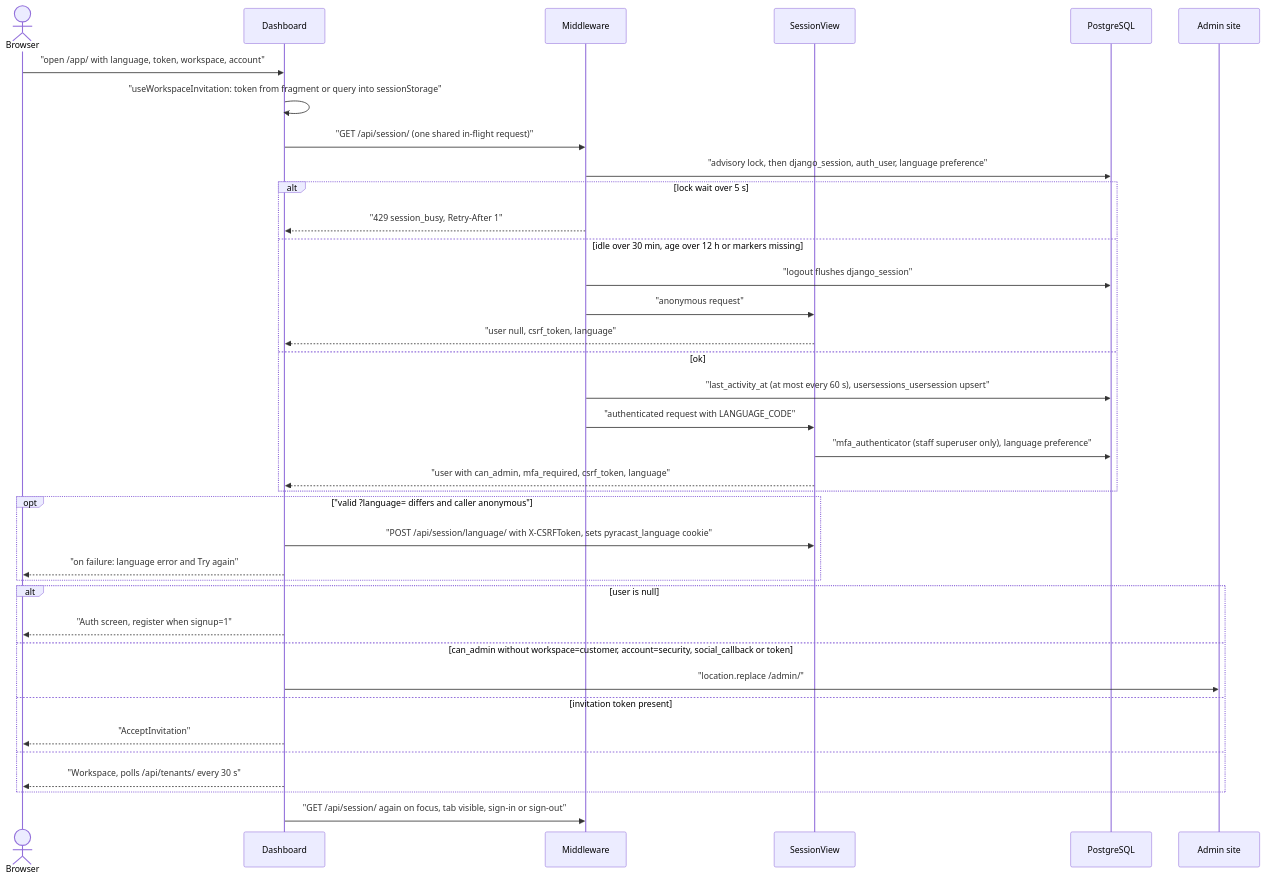
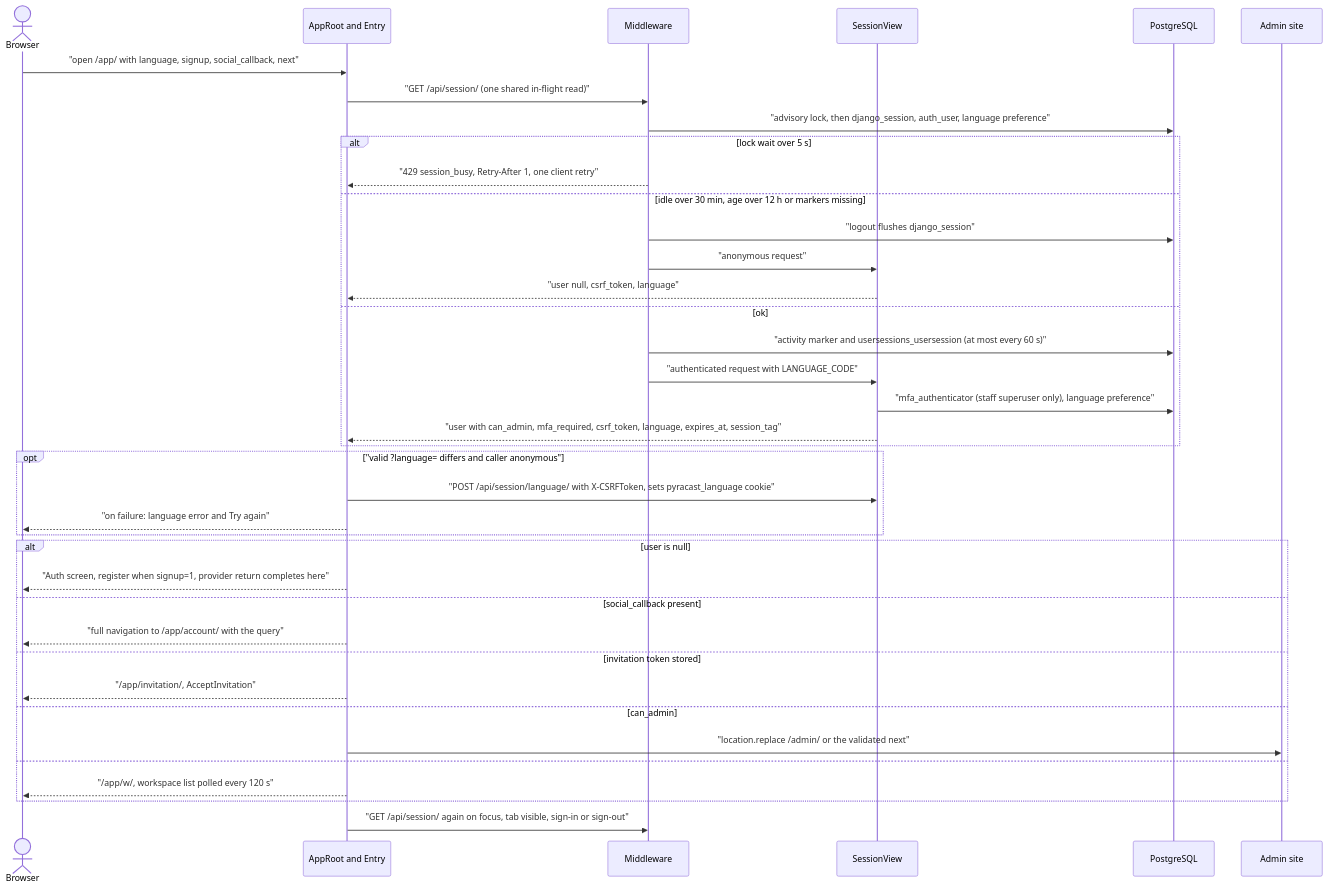
The diagram in docs/flows/app-entry-routing.md (erkurtharun/pyracast), drawn with Mermaid before and after one commit. The commit also changed other lines of this file and 85 other files, not shown here.

First line of the commit message:
Bring the flow pages in line with the code (#107)

````diff
--- a/docs/flows/app-entry-routing.md
+++ b/docs/flows/app-entry-routing.md
@@ -14,39 +14,40 @@
 ```mermaid
 sequenceDiagram
     actor U as Browser
-    participant D as Dashboard
+    participant D as AppRoot and Entry
     participant M as Middleware
     participant V as SessionView
     participant DB as PostgreSQL
     participant A as Admin site
-    U->>D: "open /app/ with language, token, workspace, account"
-    D->>D: "useWorkspaceInvitation: token from fragment or query into sessionStorage"
-    D->>M: "GET /api/session/ (one shared in-flight request)"
+    U->>D: "open /app/ with language, signup, social_callback, next"
+    D->>M: "GET /api/session/ (one shared in-flight read)"
     M->>DB: "advisory lock, then django_session, auth_user, language preference"
     alt lock wait over 5 s
-        M-->>D: "429 session_busy, Retry-After 1"
+        M-->>D: "429 session_busy, Retry-After 1, one client retry"
     else idle over 30 min, age over 12 h or markers missing
         M->>DB: "logout flushes django_session"
         M->>V: "anonymous request"
         V-->>D: "user null, csrf_token, language"
     else ok
-        M->>DB: "last_activity_at (at most every 60 s), usersessions_usersession upsert"
+        M->>DB: "activity marker and usersessions_usersession (at most every 60 s)"
         M->>V: "authenticated request with LANGUAGE_CODE"
         V->>DB: "mfa_authenticator (staff superuser only), language preference"
-        V-->>D: "user with can_admin, mfa_required, csrf_token, language"
+        V-->>D: "user with can_admin, mfa_required, csrf_token, language, expires_at, session_tag"
     end
     opt "valid ?language= differs and caller anonymous"
         D->>V: "POST /api/session/language/ with X-CSRFToken, sets pyracast_language cookie"
         D-->>U: "on failure: language error and Try again"
     end
     alt user is null
-        D-->>U: "Auth screen, register when signup=1"
-    else can_admin without workspace=customer, account=security, social_callback or token
-        D->>A: "location.replace /admin/"
-    else invitation token present
-        D-->>U: "AcceptInvitation"
+        D-->>U: "Auth screen, register when signup=1, provider return completes here"
+    else social_callback present
+        D-->>U: "full navigation to /app/account/ with the query"
+    else invitation token stored
+        D-->>U: "/app/invitation/, AcceptInvitation"
+    else can_admin
+        D->>A: "location.replace /admin/ or the validated next"
     else
-        D-->>U: "Workspace, polls /api/tenants/ every 30 s"
+        D-->>U: "/app/w/, workspace list polled every 120 s"
     end
     D->>M: "GET /api/session/ again on focus, tab visible, sign-in or sign-out"
 ```
````
